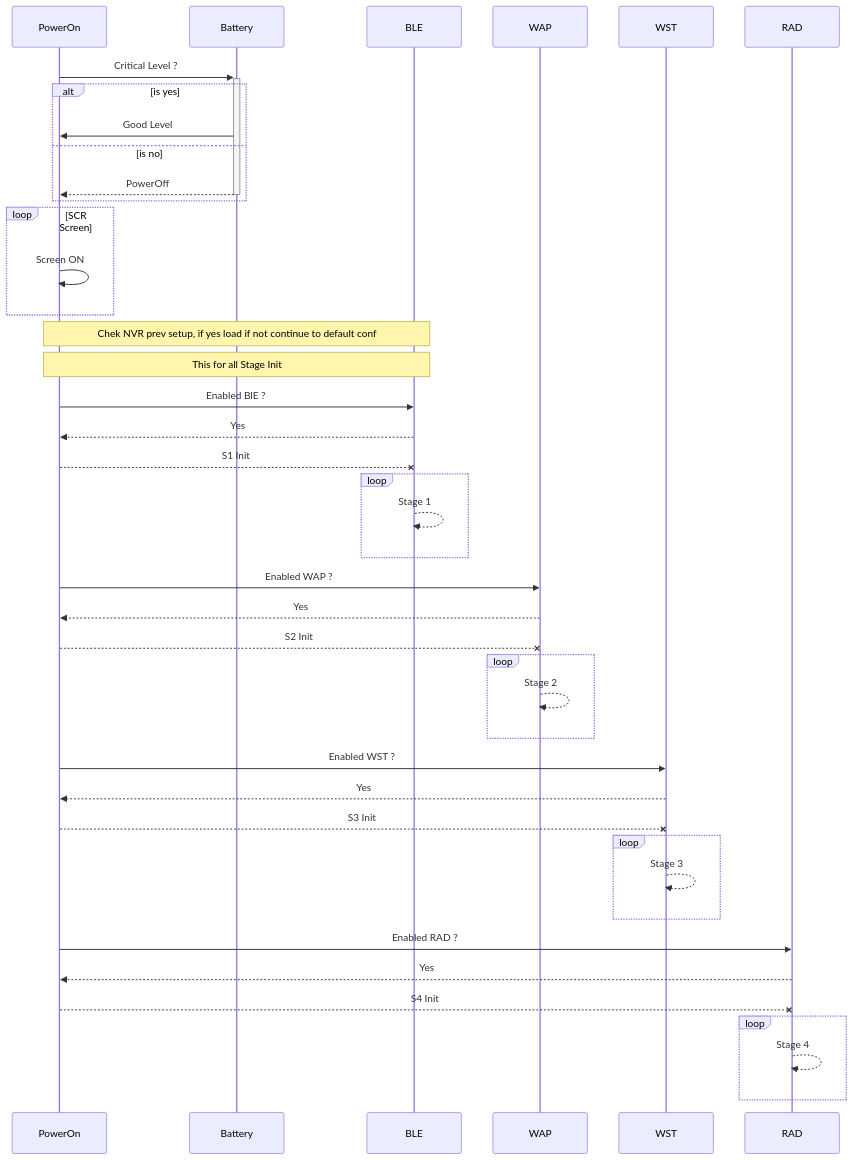
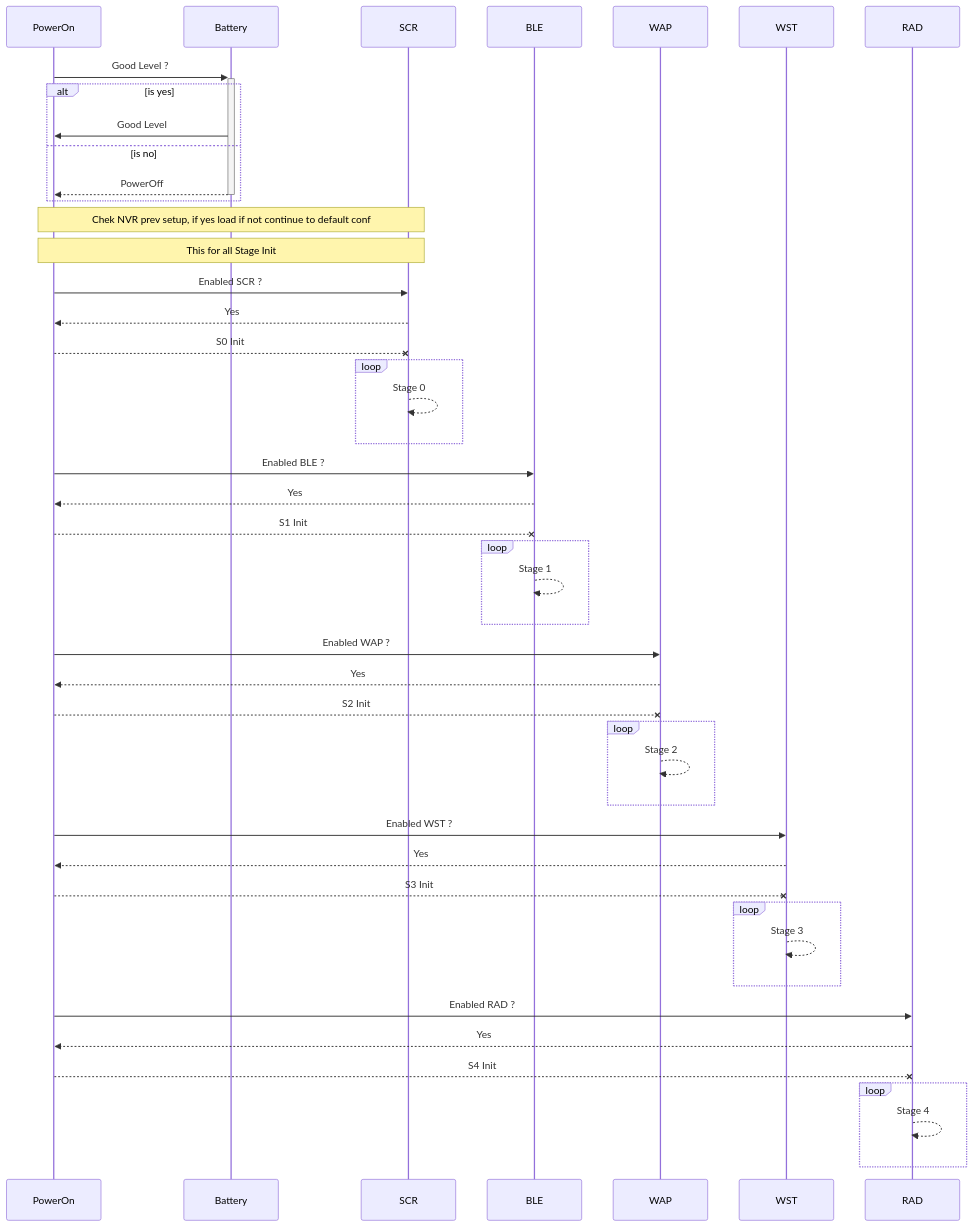
Before and after one commit to btcven/locha-mesh-app: the diagram in docs/first-boot.md, drawn with Mermaid.

Commit message:
fix alt tree battery, critical level .>> battery has good level

````diff
--- a/docs/first-boot.md
+++ b/docs/first-boot.md
@@ -11,38 +11,41 @@
 ```mermaid
 sequenceDiagram
-    PowerOn->>+Battery: Critical Level ?
+    PowerOn->>+Battery: Good Level ?
     alt is yes
        Battery->>PowerOn: Good Level
     else is no
        Battery-->>-PowerOn: PowerOff
     end
-    loop SCR Screen
-        PowerOn->>PowerOn: Screen ON
+    Note over PowerOn,SCR: Chek NVR prev setup, if yes load if not continue to default conf
+    Note over PowerOn,SCR: This for all Stage Init
+    PowerOn->>SCR: Enabled SCR ?
+    SCR-->>PowerOn: Yes
+    PowerOn--xSCR: S0 Init
+    loop
+        SCR-->>SCR: Stage 0
     end
-    Note over PowerOn,BLE: Chek NVR prev setup, if yes load if not continue to default conf
-    Note over PowerOn,BLE: This for all Stage Init
-    PowerOn->>BLE: Enabled BlE ?
+    PowerOn->>BLE: Enabled BLE ?
     BLE-->>PowerOn: Yes
     PowerOn--xBLE: S1 Init
     loop
         BLE-->>BLE: Stage 1
     end
     PowerOn->>WAP: Enabled WAP ?
     WAP-->>PowerOn: Yes
     PowerOn--xWAP: S2 Init
     loop
         WAP-->>WAP: Stage 2
     end
     PowerOn->>WST: Enabled WST ?
     WST-->>PowerOn: Yes
     PowerOn--xWST: S3 Init
     loop
         WST-->>WST: Stage 3
     end
     PowerOn->>RAD: Enabled RAD ?
     RAD-->>PowerOn: Yes
     PowerOn--xRAD: S4 Init
     loop
         RAD-->>RAD: Stage 4
     end
 ```
````
